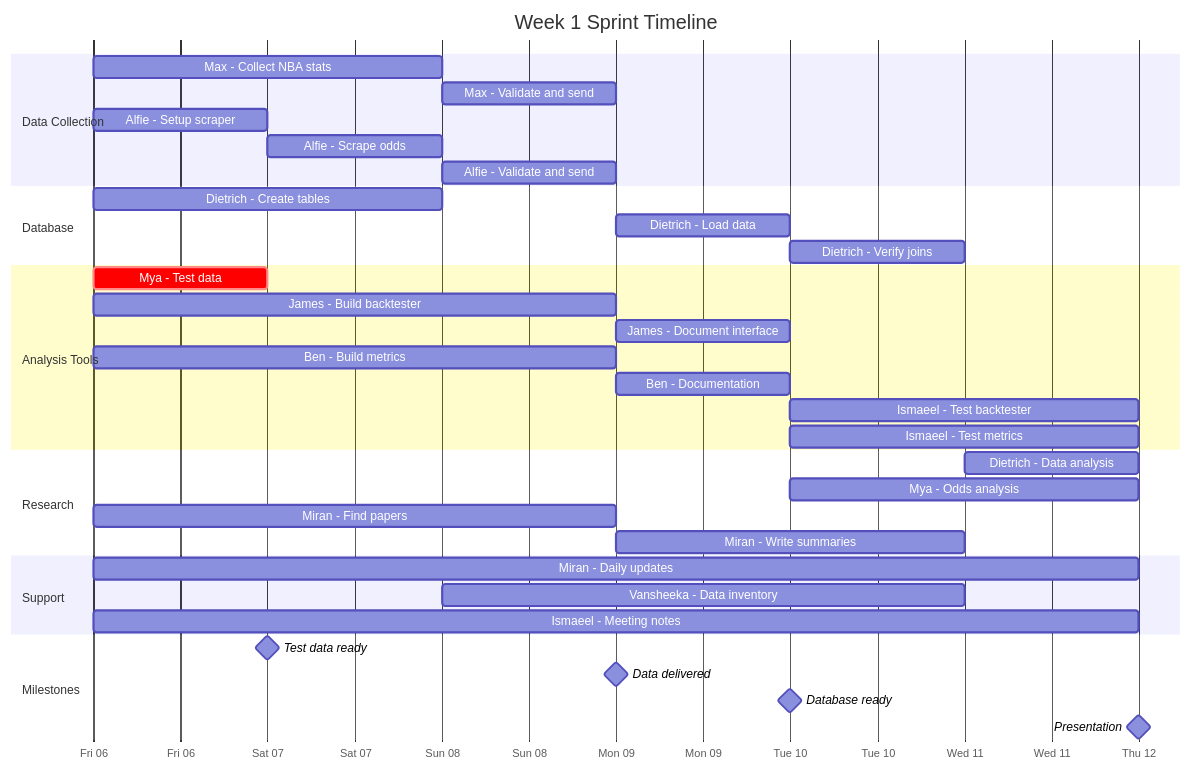
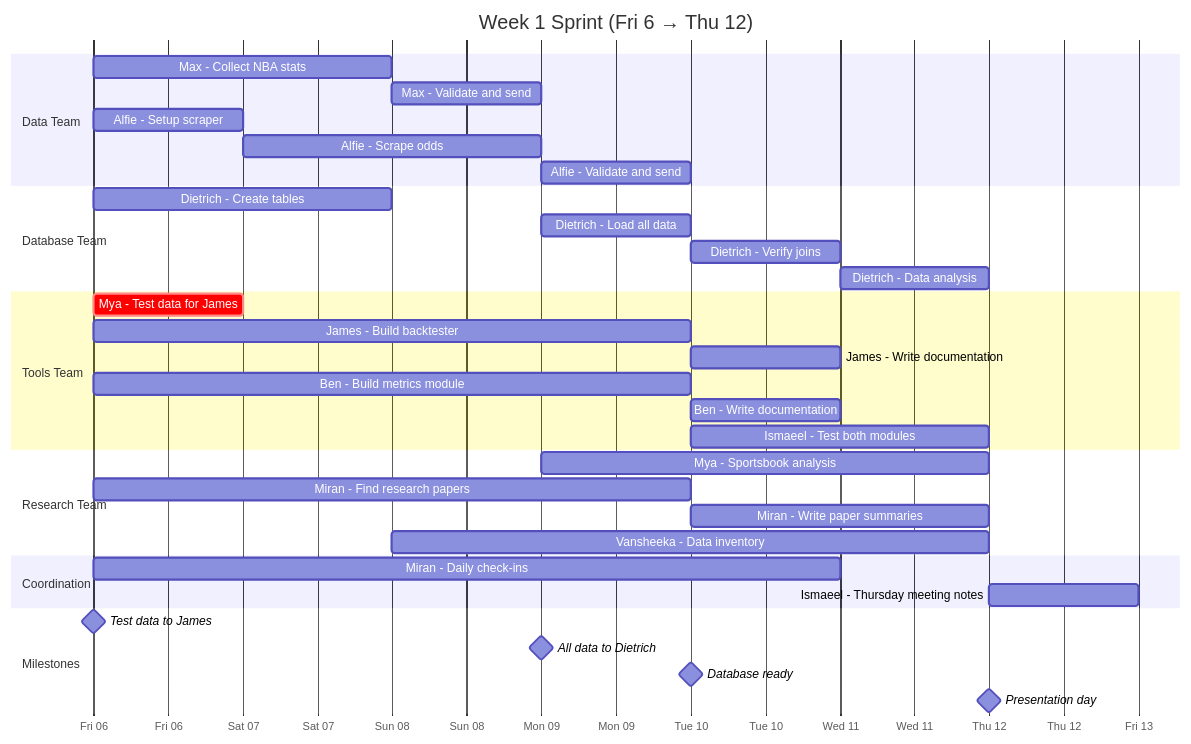
The second of 5 diagrams in team/CURRENT_WEEK.md (TanishqK27/CUIC_Sem2_Project), drawn with Mermaid before and after one commit.

Commit message:
fix: proper Gantt timeline with correct task durations
- Meeting notes: Thursday only (presentation day), due Fri morning
- Daily check-ins: Fri-Wed only (5 days before presentation)
- Grouped by team: Data, Database, Tools, Research, Coordination
- All tasks fit within Fri 6 → Thu 12 deadline
- Fixed task dependencies and realistic durations

````diff
--- a/team/CURRENT_WEEK.md
+++ b/team/CURRENT_WEEK.md
@@ -46,44 +46,43 @@
 ```mermaid
 gantt
-    title Week 1 Sprint Timeline
+    title Week 1 Sprint (Fri 6 → Thu 12)
     dateFormat  YYYY-MM-DD
     axisFormat  %a %d
 
-    section Data Collection
+    section Data Team
     Max - Collect NBA stats          :max1, 2026-02-06, 2d
-    Max - Validate and send          :max2, after max1, 1d
+    Max - Validate and send          :max2, 2026-02-08, 1d
     Alfie - Setup scraper            :alf1, 2026-02-06, 1d
-    Alfie - Scrape odds              :alf2, after alf1, 1d
-    Alfie - Validate and send        :alf3, after alf2, 1d
+    Alfie - Scrape odds              :alf2, 2026-02-07, 2d
+    Alfie - Validate and send        :alf3, 2026-02-09, 1d
 
-    section Database
+    section Database Team
     Dietrich - Create tables         :diet1, 2026-02-06, 2d
-    Dietrich - Load data             :diet2, 2026-02-09, 1d
-    Dietrich - Verify joins          :diet3, after diet2, 1d
+    Dietrich - Load all data         :diet2, 2026-02-09, 1d
+    Dietrich - Verify joins          :diet3, 2026-02-10, 1d
+    Dietrich - Data analysis         :diet4, 2026-02-11, 1d
 
-    section Analysis Tools
-    Mya - Test data                  :crit, mya1, 2026-02-06, 1d
-    James - Build backtester         :jam1, 2026-02-06, 3d
-    James - Document interface       :jam3, after jam1, 1d
-    Ben - Build metrics              :ben1, 2026-02-06, 3d
-    Ben - Documentation              :ben2, after ben1, 1d
-    Ismaeel - Test backtester        :isa1, 2026-02-10, 2d
-    Ismaeel - Test metrics           :isa2, 2026-02-10, 2d
+    section Tools Team
+    Mya - Test data for James        :crit, mya1, 2026-02-06, 1d
+    James - Build backtester         :jam1, 2026-02-06, 4d
+    James - Write documentation      :jam2, 2026-02-10, 1d
+    Ben - Build metrics module       :ben1, 2026-02-06, 4d
+    Ben - Write documentation        :ben2, 2026-02-10, 1d
+    Ismaeel - Test both modules      :isa1, 2026-02-10, 2d
 
-    section Research
-    Dietrich - Data analysis         :diet4, 2026-02-11, 1d
-    Mya - Odds analysis              :mya2, 2026-02-10, 2d
-    Miran - Find papers              :mir1, 2026-02-06, 3d
-    Miran - Write summaries          :mir2, after mir1, 2d
+    section Research Team
+    Mya - Sportsbook analysis        :mya2, 2026-02-09, 3d
+    Miran - Find research papers     :mir1, 2026-02-06, 4d
+    Miran - Write paper summaries    :mir2, 2026-02-10, 2d
+    Vansheeka - Data inventory       :van1, 2026-02-08, 4d
 
-    section Support
-    Miran - Daily updates            :mir3, 2026-02-06, 6d
-    Vansheeka - Data inventory       :van1, 2026-02-08, 3d
-    Ismaeel - Meeting notes          :isa3, 2026-02-06, 6d
+    section Coordination
+    Miran - Daily check-ins          :mir3, 2026-02-06, 5d
+    Ismaeel - Thursday meeting notes :isa2, 2026-02-12, 1d
 
     section Milestones
-    Test data ready                  :milestone, m1, 2026-02-07, 0d
-    Data delivered                   :milestone, m2, 2026-02-09, 0d
+    Test data to James               :milestone, m1, 2026-02-06, 0d
+    All data to Dietrich             :milestone, m2, 2026-02-09, 0d
     Database ready                   :milestone, m3, 2026-02-10, 0d
-    Presentation                     :milestone, m4, 2026-02-12, 0d
+    Presentation day                 :milestone, m4, 2026-02-12, 0d
 ```
````
